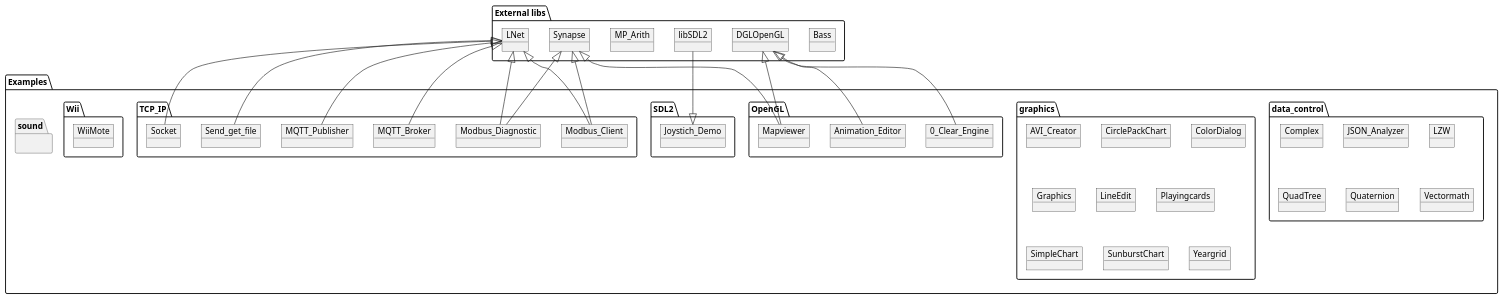
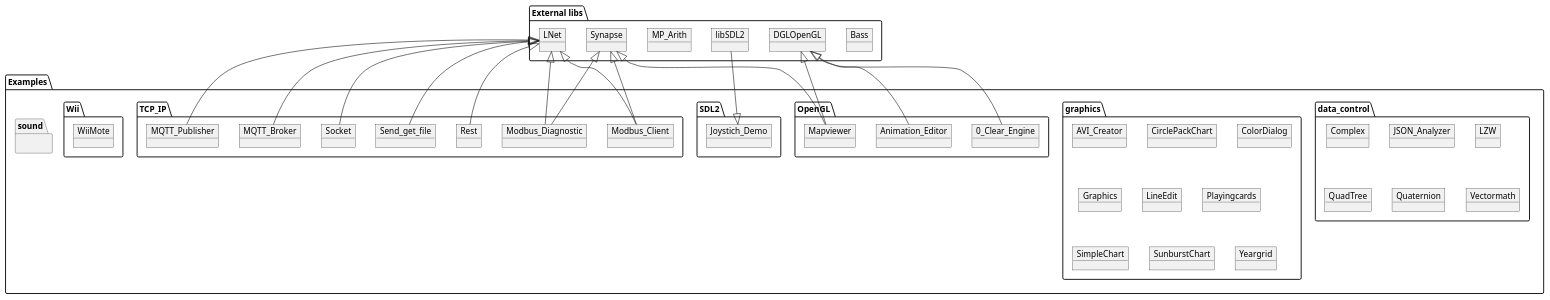
One commit to PascalCorpsman/Examples changed the diagram in overview.plantuml. Above: the diagram before and after it, drawn with PlantUML. The commit also changed 10 other files, not shown here.

```diff
--- a/overview.plantuml
+++ b/overview.plantuml
@@ -2,74 +2,76 @@
 @startuml
 
 package "Examples" {
   package "data_control" {
     object Complex
     object JSON_Analyzer
     object LZW
     object QuadTree
     object Quaternion
     object Vectormath
   }
   package "graphics" {
    object AVI_Creator
    object CirclePackChart
    object ColorDialog
    object Graphics
    object LineEdit
    object Playingcards
    object SimpleChart
    object SunburstChart
    object Yeargrid
   }
   package "OpenGL" {
    object 0_Clear_Engine
    object Animation_Editor
    object Mapviewer
   }
   package "SDL2" {
    object Joystich_Demo
   }
   package "sound" {
    
   }
   package "TCP_IP" {
    object Modbus_Client
    object Modbus_Diagnostic
    object MQTT_Broker
    object MQTT_Publisher
+   object Rest
    object Send_get_file
    object Socket
   }
   package "Wii" {
     object WiiMote
   }
 }
 
 package "External libs" 
 {
   object Bass
   object DGLOpenGL
   object LNet 
   object MP_Arith
   object libSDL2
   object Synapse
 
   DGLOpenGL <|-- 0_Clear_Engine
   DGLOpenGL <|-- Animation_Editor 
   DGLOpenGL <|-- Mapviewer 
   Synapse <|-- Mapviewer 
 
   Joystich_Demo <|-- libSDL2
 
   LNet <|-- MQTT_Broker
   LNet <|-- MQTT_Publisher
   LNet <|-- Modbus_Client
   Synapse <|-- Modbus_Client
   LNet <|-- Modbus_Diagnostic
   Synapse <|-- Modbus_Diagnostic
   LNet <|-- Send_get_file
   LNet <|-- Socket
+  LNet <|-- Rest
 
 }
 
 @enduml
```
